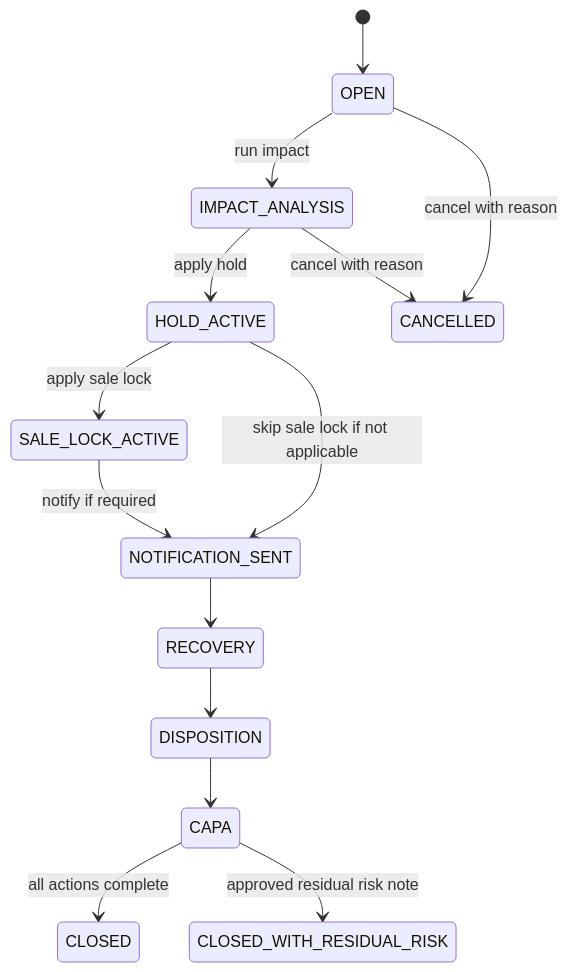
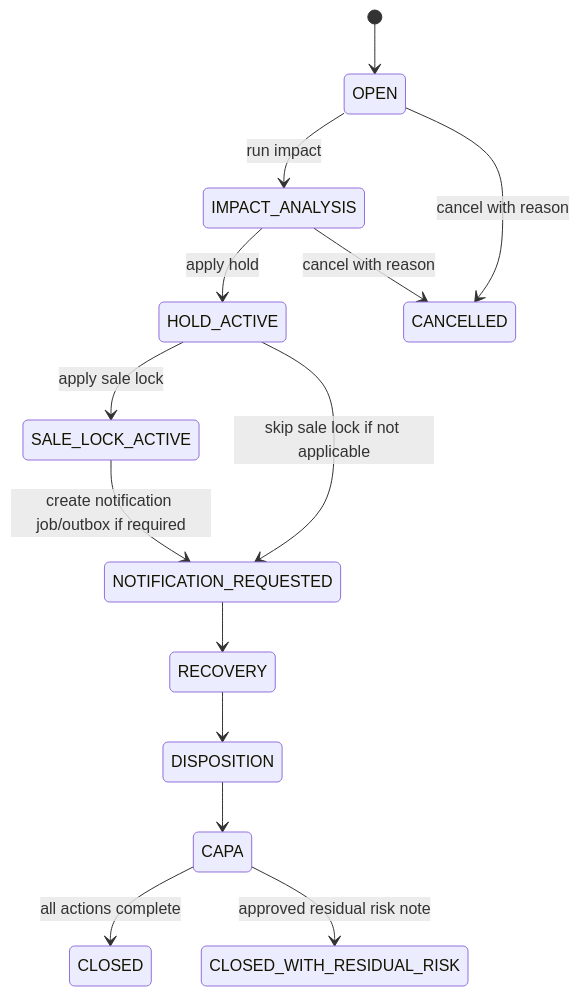
Before and after one commit to ngquoctoan2001/Ginsengfood-Operational-System: the first of 2 diagrams in docs/software-specs/modules/13_RECALL.md, drawn with Mermaid. The commit also changed other lines of this file and 125 other files, not shown here.

````diff
--- a/docs/software-specs/modules/13_RECALL.md
+++ b/docs/software-specs/modules/13_RECALL.md
@@ -106,16 +106,16 @@
 ```mermaid
 stateDiagram-v2
     [*] --> OPEN
     OPEN --> IMPACT_ANALYSIS: run impact
     IMPACT_ANALYSIS --> HOLD_ACTIVE: apply hold
     HOLD_ACTIVE --> SALE_LOCK_ACTIVE: apply sale lock
-    SALE_LOCK_ACTIVE --> NOTIFICATION_SENT: notify if required
-    HOLD_ACTIVE --> NOTIFICATION_SENT: skip sale lock if not applicable
-    NOTIFICATION_SENT --> RECOVERY
+    SALE_LOCK_ACTIVE --> NOTIFICATION_REQUESTED: create notification job/outbox if required
+    HOLD_ACTIVE --> NOTIFICATION_REQUESTED: skip sale lock if not applicable
+    NOTIFICATION_REQUESTED --> RECOVERY
     RECOVERY --> DISPOSITION
     DISPOSITION --> CAPA
     CAPA --> CLOSED: all actions complete
     CAPA --> CLOSED_WITH_RESIDUAL_RISK: approved residual risk note
     OPEN --> CANCELLED: cancel with reason
     IMPACT_ANALYSIS --> CANCELLED: cancel with reason
 ```
````
